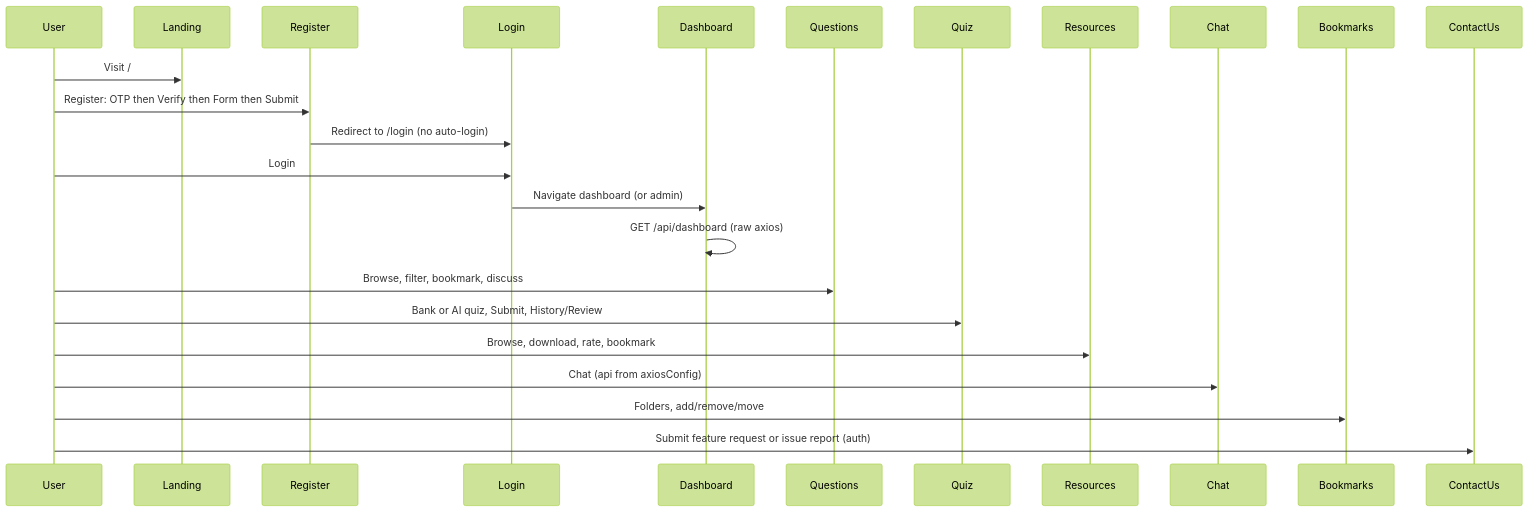
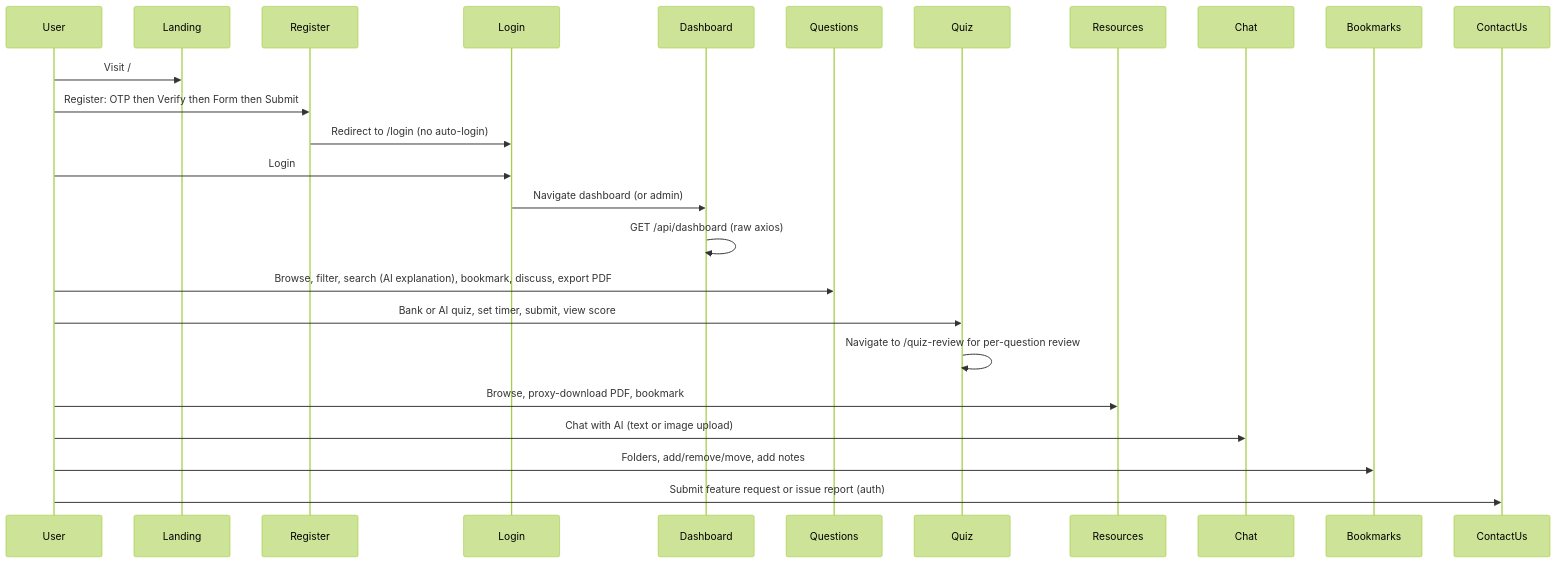
Before and after one commit to TheVish04/CAprep: the second of 6 diagrams in README.md, drawn with Mermaid (forest theme). The commit also changed other lines of this file and 13 other files, not shown here.

````diff
--- a/README.md
+++ b/README.md
@@ -213,28 +224,29 @@
 ```mermaid
 sequenceDiagram
     participant User
     participant Landing
     participant Register
     participant Login
     participant Dashboard
     participant Questions
     participant Quiz
     participant Resources
     participant Chat
     participant Bookmarks
     participant ContactUs
 
     User->>Landing: Visit /
     User->>Register: Register: OTP then Verify then Form then Submit
     Register->>Login: Redirect to /login (no auto-login)
     User->>Login: Login
     Login->>Dashboard: Navigate dashboard (or admin)
     Dashboard->>Dashboard: GET /api/dashboard (raw axios)
 
-    User->>Questions: Browse, filter, bookmark, discuss
-    User->>Quiz: Bank or AI quiz, Submit, History/Review
-    User->>Resources: Browse, download, rate, bookmark
-    User->>Chat: Chat (api from axiosConfig)
-    User->>Bookmarks: Folders, add/remove/move
+    User->>Questions: Browse, filter, search (AI explanation), bookmark, discuss, export PDF
+    User->>Quiz: Bank or AI quiz, set timer, submit, view score
+    Quiz->>Quiz: Navigate to /quiz-review for per-question review
+    User->>Resources: Browse, proxy-download PDF, bookmark
+    User->>Chat: Chat with AI (text or image upload)
+    User->>Bookmarks: Folders, add/remove/move, add notes
     User->>ContactUs: Submit feature request or issue report (auth)
 ```
````
